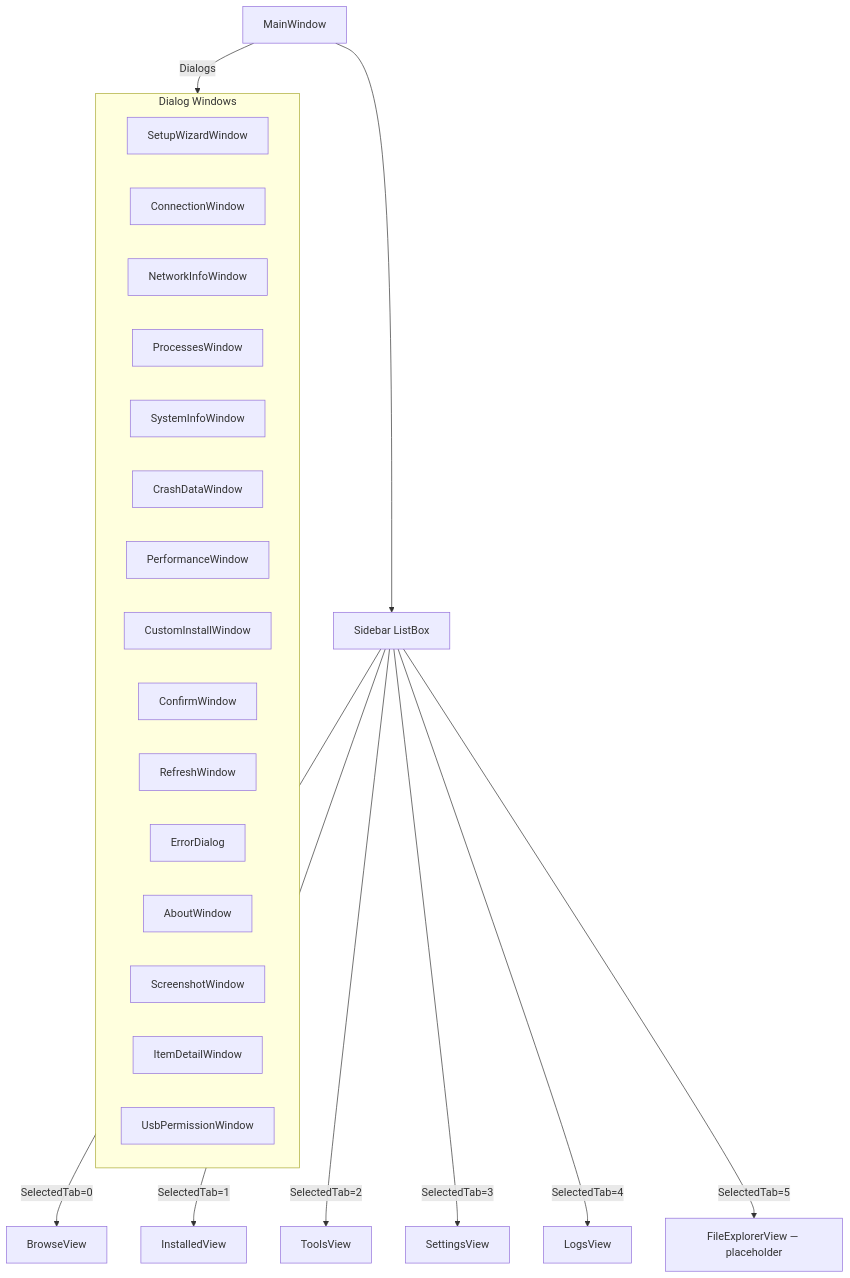
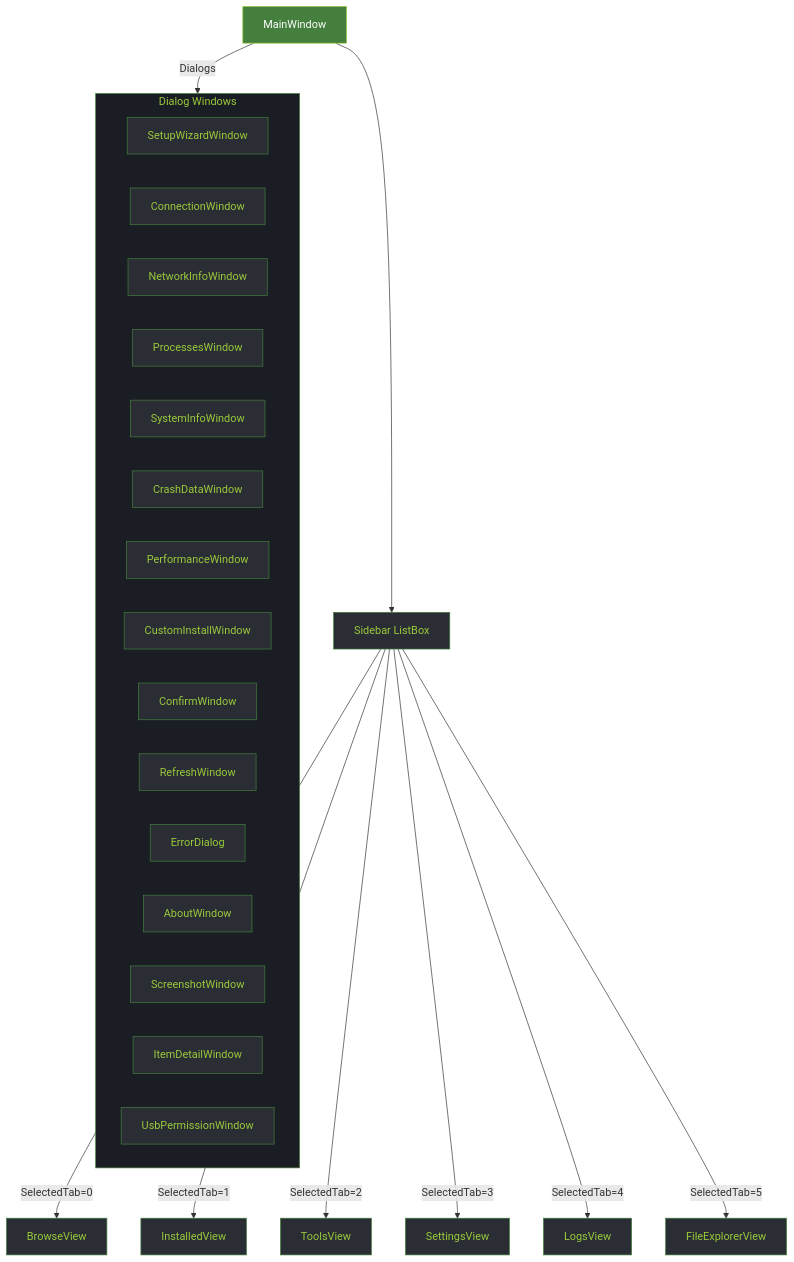
Before and after one commit to marcelofrau/xb-homebrew-vault: the fifth of 5 diagrams in docs/architecture.md, drawn with Mermaid. The commit also changed other lines of this file and 29 other files, not shown here.

````diff
--- a/docs/architecture.md
+++ b/docs/architecture.md
@@ -185,28 +370,53 @@
 ```mermaid
 flowchart TD
     MW[MainWindow] --> SB[Sidebar ListBox]
     SB -->|SelectedTab=0| BV[BrowseView]
     SB -->|SelectedTab=1| IV[InstalledView]
     SB -->|SelectedTab=2| TV[ToolsView]
     SB -->|SelectedTab=3| SV[SettingsView]
     SB -->|SelectedTab=4| LV[LogsView]
-    SB -->|SelectedTab=5| FV[FileExplorerView — placeholder]
+    SB -->|SelectedTab=5| FV[FileExplorerView]
     MW -->|Dialogs| Dialogs
     subgraph Dialogs["Dialog Windows"]
         SetupW[SetupWizardWindow]
         CW[ConnectionWindow]
         NIW[NetworkInfoWindow]
         PW[ProcessesWindow]
         SIW[SystemInfoWindow]
         CDW[CrashDataWindow]
         PerfW[PerformanceWindow]
         CD[CustomInstallWindow]
         ConfW[ConfirmWindow]
         RD[RefreshWindow]
         ED[ErrorDialog]
         AW[AboutWindow]
         SS[ScreenshotWindow]
         ID[ItemDetailWindow]
         UsbW[UsbPermissionWindow]
     end
+    
+    style MW fill:#447F3E,stroke:#9ACA3C,color:#fff
+    style SB fill:#2A2D33,stroke:#447F3E,color:#9ACA3C
+    style BV fill:#2A2D33,stroke:#447F3E,color:#9ACA3C
+    style IV fill:#2A2D33,stroke:#447F3E,color:#9ACA3C
+    style TV fill:#2A2D33,stroke:#447F3E,color:#9ACA3C
+    style SV fill:#2A2D33,stroke:#447F3E,color:#9ACA3C
+    style LV fill:#2A2D33,stroke:#447F3E,color:#9ACA3C
+    style FV fill:#2A2D33,stroke:#447F3E,color:#9ACA3C
+    style Dialogs fill:#1A1D23,stroke:#447F3E,color:#9ACA3C
+    style SetupW fill:#2A2D33,stroke:#447F3E,color:#9ACA3C
+    style CW fill:#2A2D33,stroke:#447F3E,color:#9ACA3C
+    style NIW fill:#2A2D33,stroke:#447F3E,color:#9ACA3C
+    style PW fill:#2A2D33,stroke:#447F3E,color:#9ACA3C
+    style SIW fill:#2A2D33,stroke:#447F3E,color:#9ACA3C
+    style CDW fill:#2A2D33,stroke:#447F3E,color:#9ACA3C
+    style PerfW fill:#2A2D33,stroke:#447F3E,color:#9ACA3C
+    style CD fill:#2A2D33,stroke:#447F3E,color:#9ACA3C
+    style ConfW fill:#2A2D33,stroke:#447F3E,color:#9ACA3C
+    style RD fill:#2A2D33,stroke:#447F3E,color:#9ACA3C
+    style ED fill:#2A2D33,stroke:#447F3E,color:#9ACA3C
+    style AW fill:#2A2D33,stroke:#447F3E,color:#9ACA3C
+    style SS fill:#2A2D33,stroke:#447F3E,color:#9ACA3C
+    style ID fill:#2A2D33,stroke:#447F3E,color:#9ACA3C
+    style UsbW fill:#2A2D33,stroke:#447F3E,color:#9ACA3C
 ```
````
